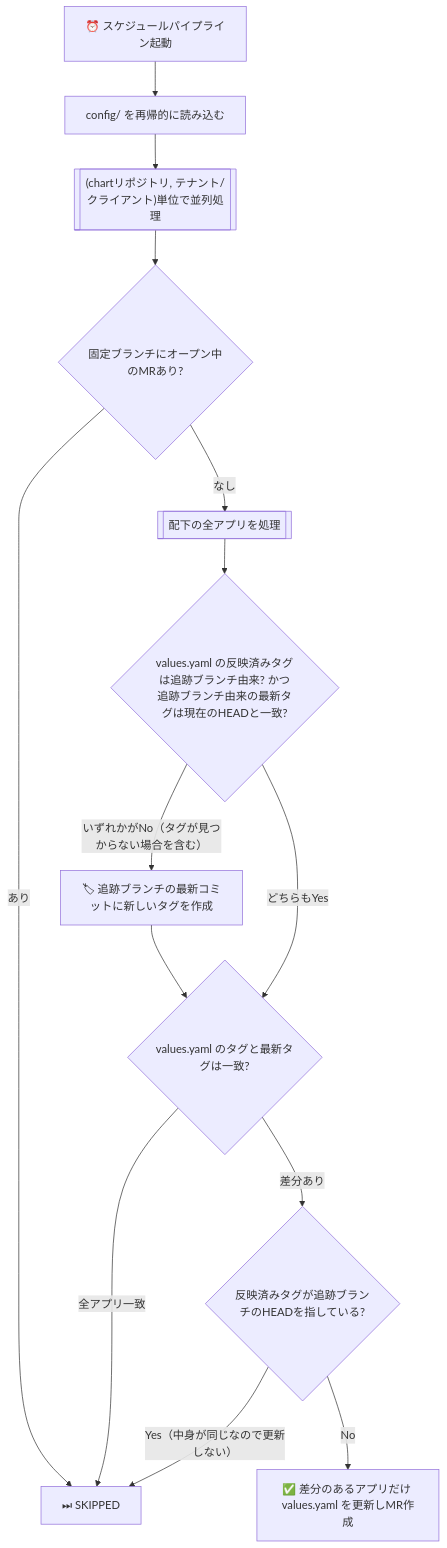
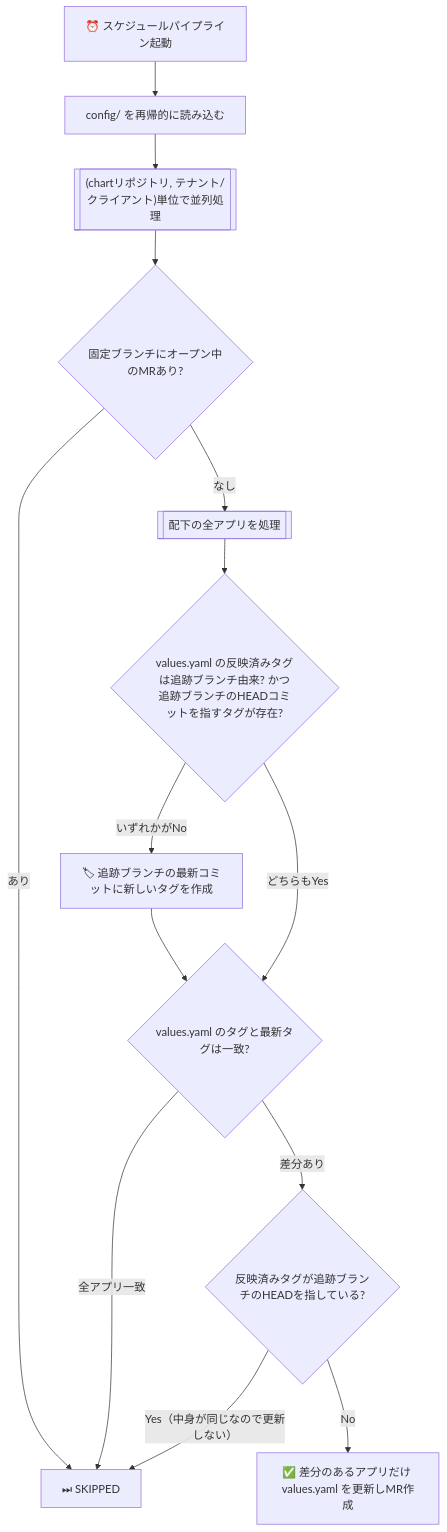
One commit to sinnlosses/helm-yadokari changed the diagram in README.md. Above: the diagram before and after it, drawn with Mermaid. The commit also changed other lines of this file and 7 other files, not shown here.

````diff
--- a/README.md
+++ b/README.md
@@ -97,16 +97,16 @@
 ```mermaid
 flowchart TD
     A[⏰ スケジュールパイプライン起動] --> B[config/ を再帰的に読み込む]
     B --> C[["(chartリポジトリ, テナント/クライアント)単位で並列処理"]]
     C --> D{固定ブランチにオープン中のMRあり?}
     D -->|あり| E[⏭ SKIPPED]
     D -->|なし| F[[配下の全アプリを処理]]
-    F --> G{values.yaml の反映済みタグは追跡ブランチ由来? かつ<br/>追跡ブランチ由来の最新タグは現在のHEADと一致?}
-    G -->|いずれかがNo（タグが見つからない場合を含む）| H[🏷 追跡ブランチの最新コミットに新しいタグを作成]
+    F --> G{values.yaml の反映済みタグは追跡ブランチ由来? かつ<br/>追跡ブランチのHEADコミットを指すタグが存在?}
+    G -->|いずれかがNo| H[🏷 追跡ブランチの最新コミットに新しいタグを作成]
     H --> I
     G -->|どちらもYes| I{values.yaml のタグと最新タグは一致?}
     I -->|全アプリ一致| E
     I -->|差分あり| K{反映済みタグが追跡ブランチのHEADを指している?}
     K -->|Yes（中身が同じなので更新しない）| E
     K -->|No| J[✅ 差分のあるアプリだけ values.yaml を更新しMR作成]
 ```
````
